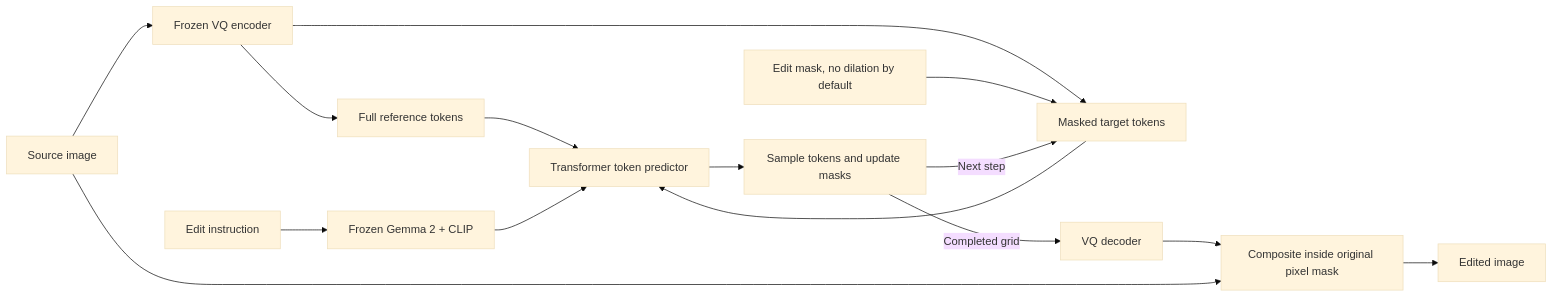
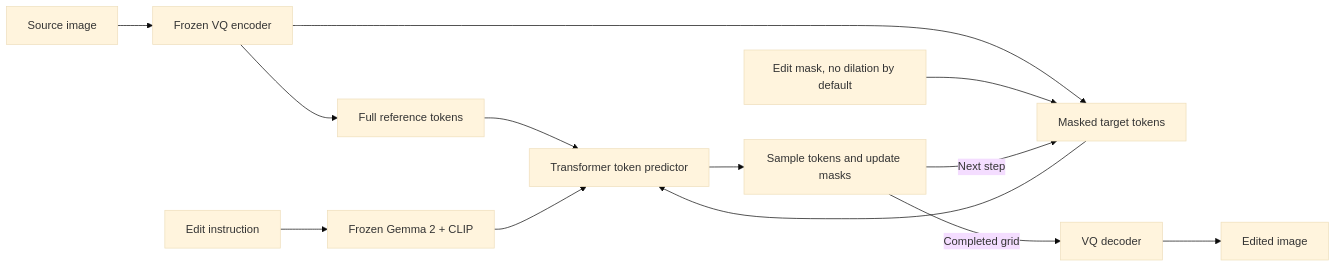
Before and after one commit to Shi-qingyu/EditMGT: the diagram in README.md, drawn with Mermaid (base theme). The commit also changed other lines of this file and 73 other files, not shown here.

````diff
--- a/README.md
+++ b/README.md
@@ -27,17 +27,15 @@
 ```mermaid
 flowchart LR
     I[Source image] --> V[Frozen VQ encoder]
     V --> R[Full reference tokens]
     V --> T[Masked target tokens]
     M[Edit mask, no dilation by default] --> T
     P[Edit instruction] --> E[Frozen Gemma 2 + CLIP]
     R --> G[Transformer token predictor]
     T --> G
     E --> G
     G --> S[Sample tokens and update masks]
     S -->|Next step| T
     S -->|Completed grid| D[VQ decoder]
-    D --> C[Composite inside original pixel mask]
-    I --> C
-    C --> O[Edited image]
+    D --> O[Edited image]
 ```
````
